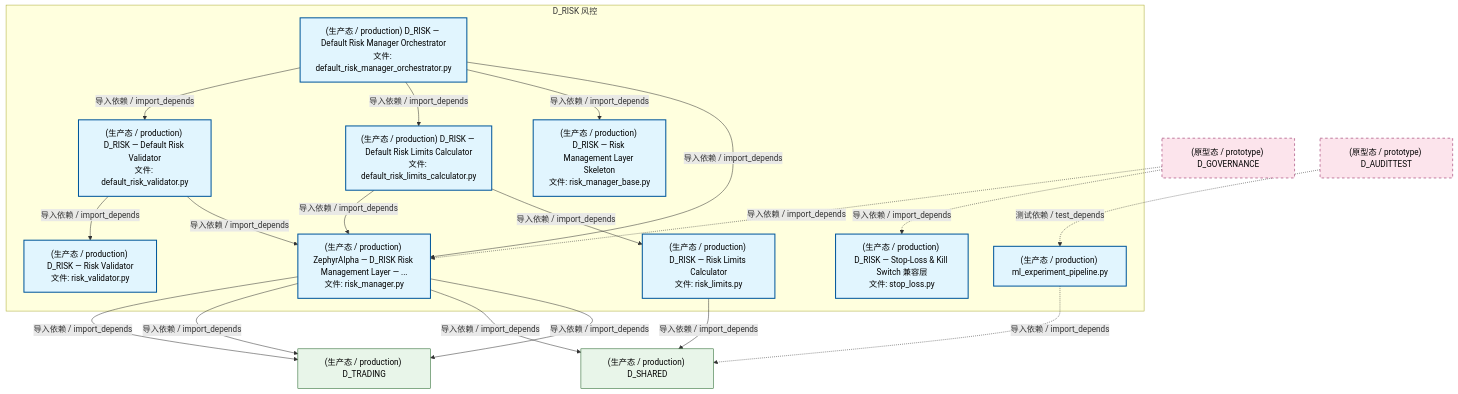
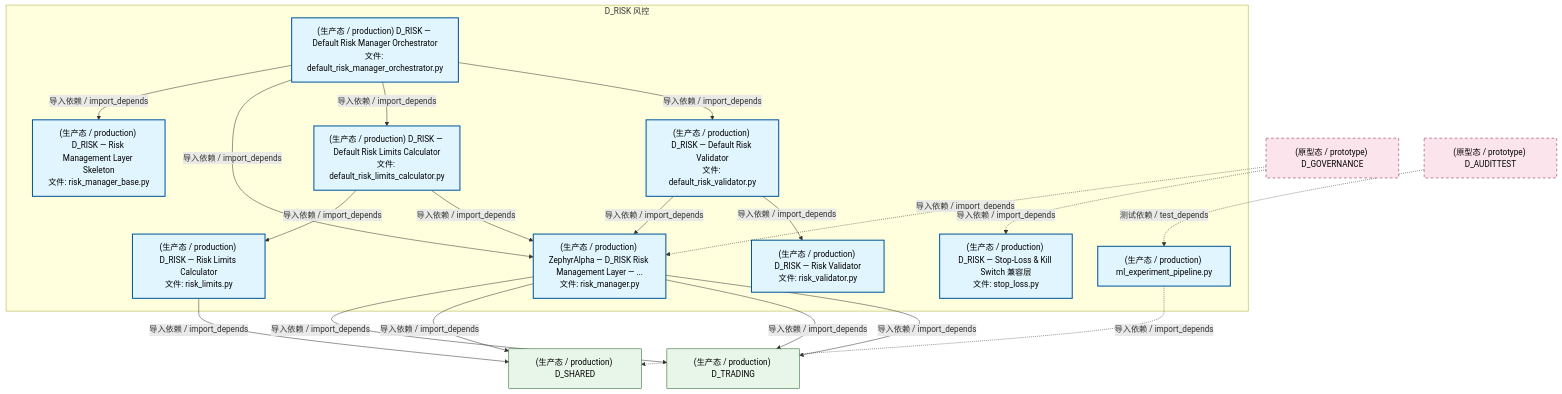
Before and after one commit to xuanFelixVan/ZephyrAlpha: the second of 4 diagrams in docs/02_enterprise_architecture/02_domain_architecture_docs/46_d_risk.md, drawn with Mermaid. The commit also changed other lines of this file and 99 other files, not shown here.

````diff
--- a/docs/02_enterprise_architecture/02_domain_architecture_docs/46_d_risk.md
+++ b/docs/02_enterprise_architecture/02_domain_architecture_docs/46_d_risk.md
@@ -152,42 +152,42 @@
 ```mermaid
 graph TD
     subgraph D_RISK["D_RISK 风控"]
         src_zephyr_risk_cross_asset_cross_market_data_adapter_ml_experiment_pipeline_py["(生产态 / production) ml_experiment_pipeline.py"]
         src_zephyr_risk_implementations_default_risk_limits_calculator_py["(生产态 / production) D_RISK — Default Risk Limits Calculator<br/>文件: default_risk_limits_calculator.py"]
         src_zephyr_risk_implementations_default_risk_manager_orchestrator_py["(生产态 / production) D_RISK — Default Risk Manager Orchestrator<br/>文件: default_risk_manager_orchestrator.py"]
         src_zephyr_risk_implementations_default_risk_validator_py["(生产态 / production) D_RISK — Default Risk Validator<br/>文件: default_risk_validator.py"]
         src_zephyr_risk_risk_limits_py["(生产态 / production) D_RISK — Risk Limits Calculator<br/>文件: risk_limits.py"]
         src_zephyr_risk_risk_manager_py["(生产态 / production) ZephyrAlpha — D_RISK Risk Management Layer — ...<br/>文件: risk_manager.py"]
         src_zephyr_risk_risk_manager_base_py["(生产态 / production) D_RISK — Risk Management Layer Skeleton<br/>文件: risk_manager_base.py"]
         src_zephyr_risk_risk_validator_py["(生产态 / production) D_RISK — Risk Validator<br/>文件: risk_validator.py"]
         src_zephyr_risk_stop_loss_py["(生产态 / production) D_RISK — Stop-Loss & Kill Switch 兼容层<br/>文件: stop_loss.py"]
     end
     src_zephyr_risk_implementations_default_risk_limits_calculator_py -->|导入依赖 / import_depends| src_zephyr_risk_risk_limits_py
     src_zephyr_risk_implementations_default_risk_limits_calculator_py -->|导入依赖 / import_depends| src_zephyr_risk_risk_manager_py
     src_zephyr_risk_implementations_default_risk_validator_py -->|导入依赖 / import_depends| src_zephyr_risk_risk_manager_py
     src_zephyr_risk_implementations_default_risk_validator_py -->|导入依赖 / import_depends| src_zephyr_risk_risk_validator_py
+    src_zephyr_risk_implementations_default_risk_manager_orchestrator_py -->|导入依赖 / import_depends| src_zephyr_risk_risk_manager_base_py
     src_zephyr_risk_implementations_default_risk_manager_orchestrator_py -->|导入依赖 / import_depends| src_zephyr_risk_risk_manager_py
-    src_zephyr_risk_implementations_default_risk_manager_orchestrator_py -->|导入依赖 / import_depends| src_zephyr_risk_risk_manager_base_py
     src_zephyr_risk_implementations_default_risk_manager_orchestrator_py -->|导入依赖 / import_depends| src_zephyr_risk_implementations_default_risk_limits_calculator_py
     src_zephyr_risk_implementations_default_risk_manager_orchestrator_py -->|导入依赖 / import_depends| src_zephyr_risk_implementations_default_risk_validator_py
     D_SHARED["(生产态 / production) D_SHARED"]
     src_zephyr_risk_risk_limits_py -->|导入依赖 / import_depends| D_SHARED
     D_TRADING["(生产态 / production) D_TRADING"]
     src_zephyr_risk_risk_manager_py -->|导入依赖 / import_depends| D_TRADING
     src_zephyr_risk_risk_manager_py -->|导入依赖 / import_depends| D_SHARED
     src_zephyr_risk_risk_manager_py -->|导入依赖 / import_depends| D_TRADING
     src_zephyr_risk_risk_manager_py -->|导入依赖 / import_depends| D_TRADING
     src_zephyr_risk_cross_asset_cross_market_data_adapter_ml_experiment_pipeline_py -.->|导入依赖 / import_depends| D_SHARED
     D_GOVERNANCE["(原型态 / prototype) D_GOVERNANCE"]
+    D_GOVERNANCE -.->|导入依赖 / import_depends| src_zephyr_risk_risk_manager_py
     D_GOVERNANCE -.->|导入依赖 / import_depends| src_zephyr_risk_stop_loss_py
-    D_GOVERNANCE -.->|导入依赖 / import_depends| src_zephyr_risk_risk_manager_py
     D_AUDITTEST["(原型态 / prototype) D_AUDITTEST"]
     D_AUDITTEST -.->|测试依赖 / test_depends| src_zephyr_risk_cross_asset_cross_market_data_adapter_ml_experiment_pipeline_py
     classDef production fill:#e1f5fe,stroke:#01579b,stroke-width:2px,color:#000
     classDef design fill:#fff3e0,stroke:#e65100,stroke-width:2px,color:#000,stroke-dasharray: 5 5
     classDef external_prod fill:#e8f5e9,stroke:#1b5e20,stroke-width:1px,color:#000
     classDef external_design fill:#fce4ec,stroke:#880e4f,stroke-width:1px,color:#000,stroke-dasharray: 5 5
     class src_zephyr_risk_cross_asset_cross_market_data_adapter_ml_experiment_pipeline_py,src_zephyr_risk_implementations_default_risk_limits_calculator_py,src_zephyr_risk_implementations_default_risk_manager_orchestrator_py,src_zephyr_risk_implementations_default_risk_validator_py,src_zephyr_risk_risk_limits_py,src_zephyr_risk_risk_manager_py,src_zephyr_risk_risk_manager_base_py,src_zephyr_risk_risk_validator_py,src_zephyr_risk_stop_loss_py production
     class D_SHARED,D_TRADING external_prod
     class D_GOVERNANCE,D_AUDITTEST external_design
 ```
````
